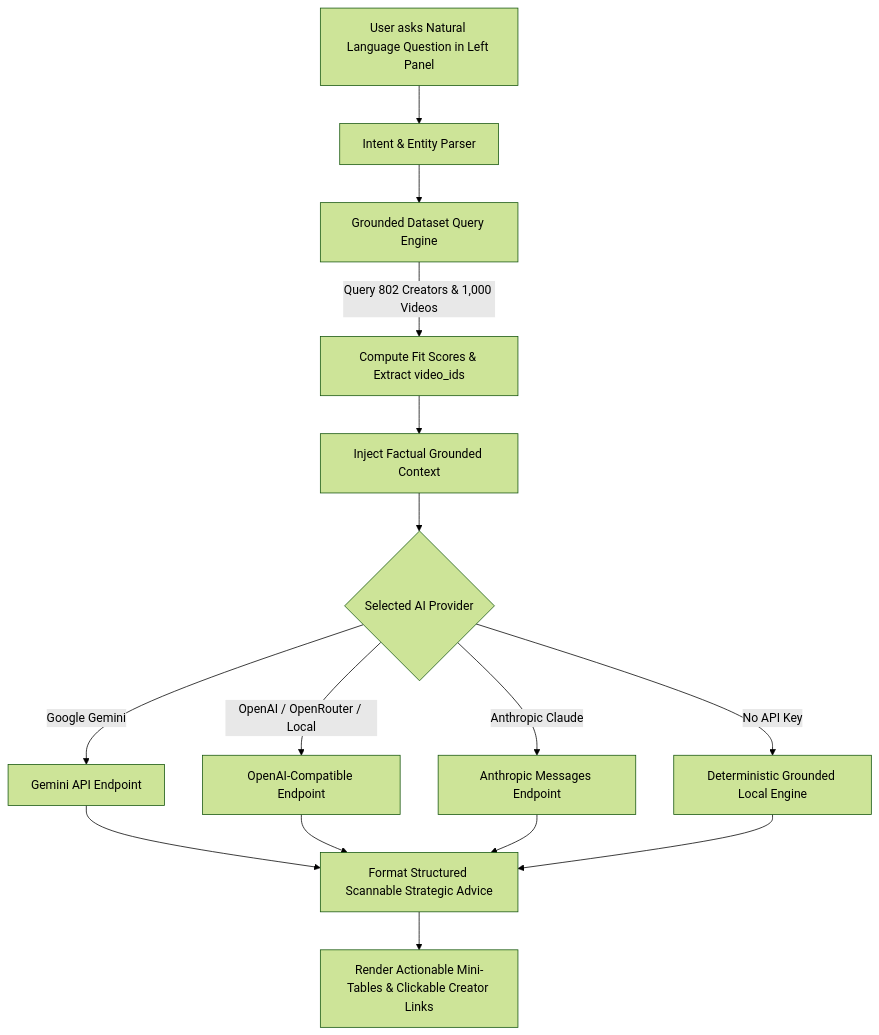
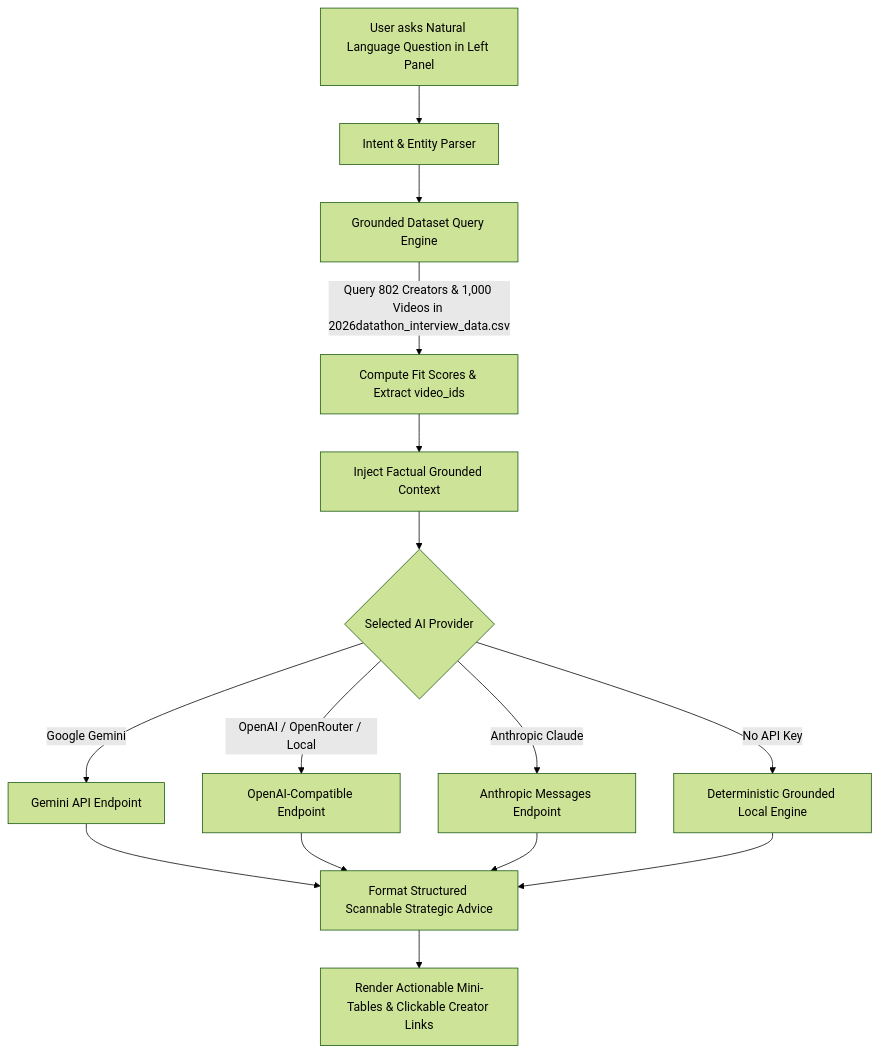
One commit to nikkineurons/GHE_Fall_2026 changed the diagram in README.md. Above: the diagram before and after it, drawn with Mermaid (forest theme). The commit also changed other lines of this file, not shown here.

Commit message:
docs: polish README with full 3-panel architecture, scoring model, and model-agnostic AI details

````diff
--- a/README.md
+++ b/README.md
@@ -52,17 +61,17 @@
 ```mermaid
 flowchart TD
     A[User asks Natural Language Question in Left Panel] --> B[Intent & Entity Parser]
     B --> C[Grounded Dataset Query Engine]
-    C -->|Query 802 Creators & 1,000 Videos| D[Compute Fit Scores & Extract video_ids]
+    C -->|Query 802 Creators & 1,000 Videos in 2026datathon_interview_data.csv| D[Compute Fit Scores & Extract video_ids]
     D --> E[Inject Factual Grounded Context]
     E --> F{Selected AI Provider}
     F -->|Google Gemini| G[Gemini API Endpoint]
     F -->|OpenAI / OpenRouter / Local| H[OpenAI-Compatible Endpoint]
     F -->|Anthropic Claude| I[Anthropic Messages Endpoint]
     F -->|No API Key| J[Deterministic Grounded Local Engine]
     G --> K[Format Structured Scannable Strategic Advice]
     H --> K
     I --> K
     J --> K
     K --> L[Render Actionable Mini-Tables & Clickable Creator Links]
 ```
````
